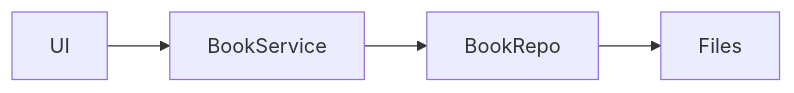
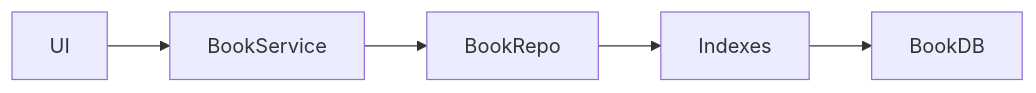
One commit to Apameus/Bookly changed the first of 7 diagrams in docs/high_level_architecture.md. Above: the diagram before and after it, drawn with Mermaid. The commit also changed other lines of this file and 1 other file, not shown here.

````diff
--- a/docs/high_level_architecture.md
+++ b/docs/high_level_architecture.md
@@ -2,4 +2,4 @@
 ```mermaid
 flowchart LR
-    UI --> BS[BookService] --> BR[BookRepo] --> Files
+    UI --> BS[BookService] --> BR[BookRepo] --> I[Indexes] --> DB[BookDB] 
 ```
````
